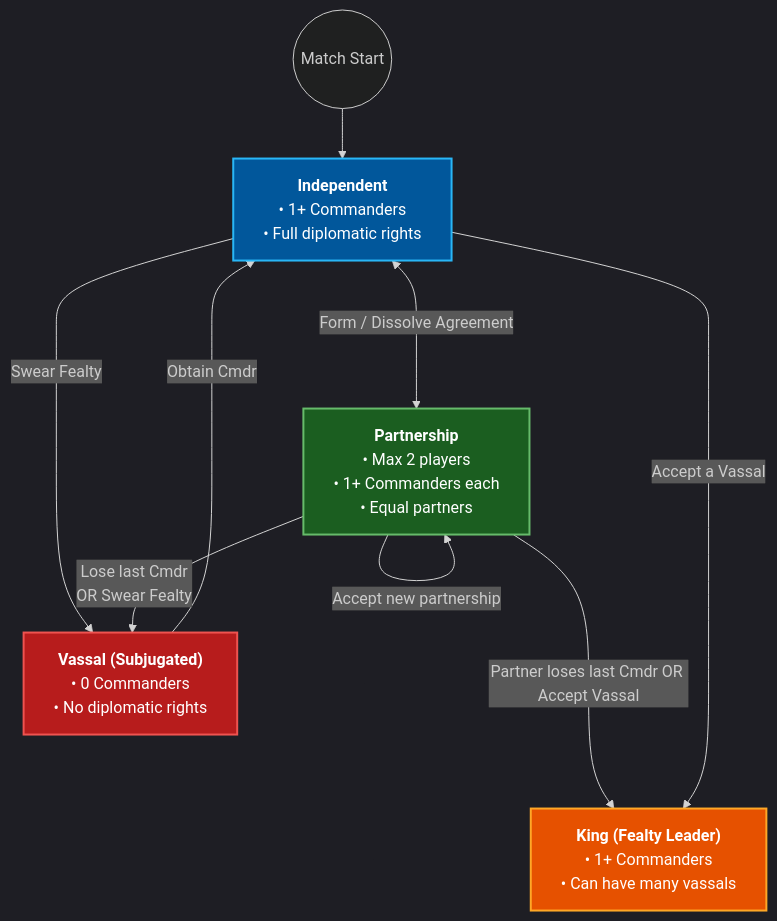
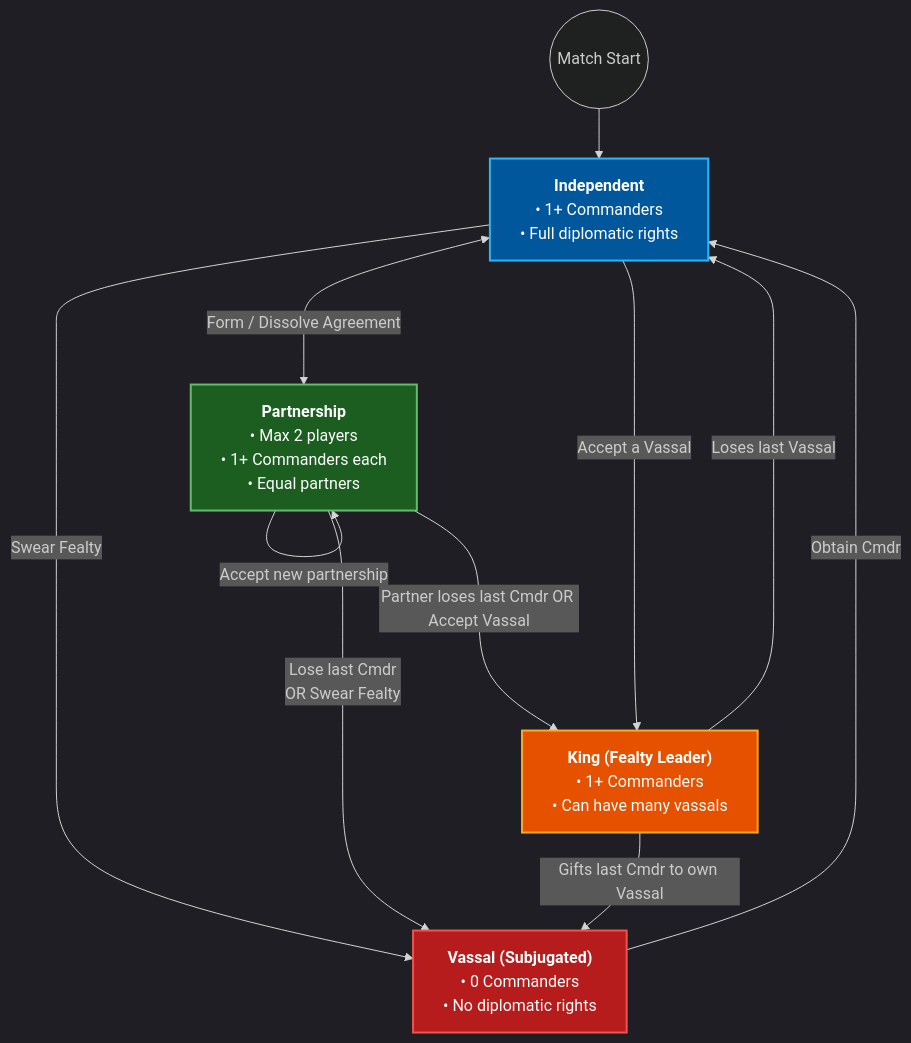
Before and after one commit to whossname/diplomacy-mod: the diagram in diplomacy.md, drawn with Mermaid. The commit also changed other lines of this file and 7 other files, not shown here.

First line of the commit message:
Fix King vassal/gift edge cases; add Lua unit test suite

````diff
--- a/diplomacy.md
+++ b/diplomacy.md
@@ -3,32 +3,36 @@
 ```mermaid
 %%{init: {'theme': 'dark', 'themeVariables': {'background': '#1e1e1e'}}}%%
 flowchart TD
     %% Node Styles
     classDef ind fill:#01579b,stroke:#29b6f6,stroke-width:2px,color:#ffffff;
     classDef part fill:#1b5e20,stroke:#66bb6a,stroke-width:2px,color:#ffffff;
     classDef king fill:#e65100,stroke:#ffa726,stroke-width:2px,color:#ffffff;
     classDef vassal fill:#b71c1c,stroke:#ef5350,stroke-width:2px,color:#ffffff;
 
     %% Define Nodes with HTML formatting
     I["<b>Independent</b><br>• 1+ Commanders<br>• Full diplomatic rights"]:::ind
     P["<b>Partnership</b><br>• Max 2 players<br>• 1+ Commanders each<br>• Equal partners"]:::part
     K["<b>King (Fealty Leader)</b><br>• 1+ Commanders<br>• Can have many vassals"]:::king
     V["<b>Vassal (Subjugated)</b><br>• 0 Commanders<br>• No diplomatic rights"]:::vassal
 
     %% Transitions
     Start((Match Start)) --> I
 
     P --->|Partner loses last Cmdr OR Accept Vassal| K
 
     %% Independent Transitions
     I <--->|Form / Dissolve Agreement| P
     I --->|Accept a Vassal| K
     I --->|Swear Fealty| V
     V --->|Obtain Cmdr| I
 
     %% Partnership Transitions
     P -->|Lose last Cmdr <br> OR Swear Fealty| V
     
     %% Self-loop for replacing partnership
     P -->|Accept new partnership| P
+
+    %% King Transitions
+    K -->|Loses last Vassal| I
+    K -->|Gifts last Cmdr to own Vassal| V
 ```
````
